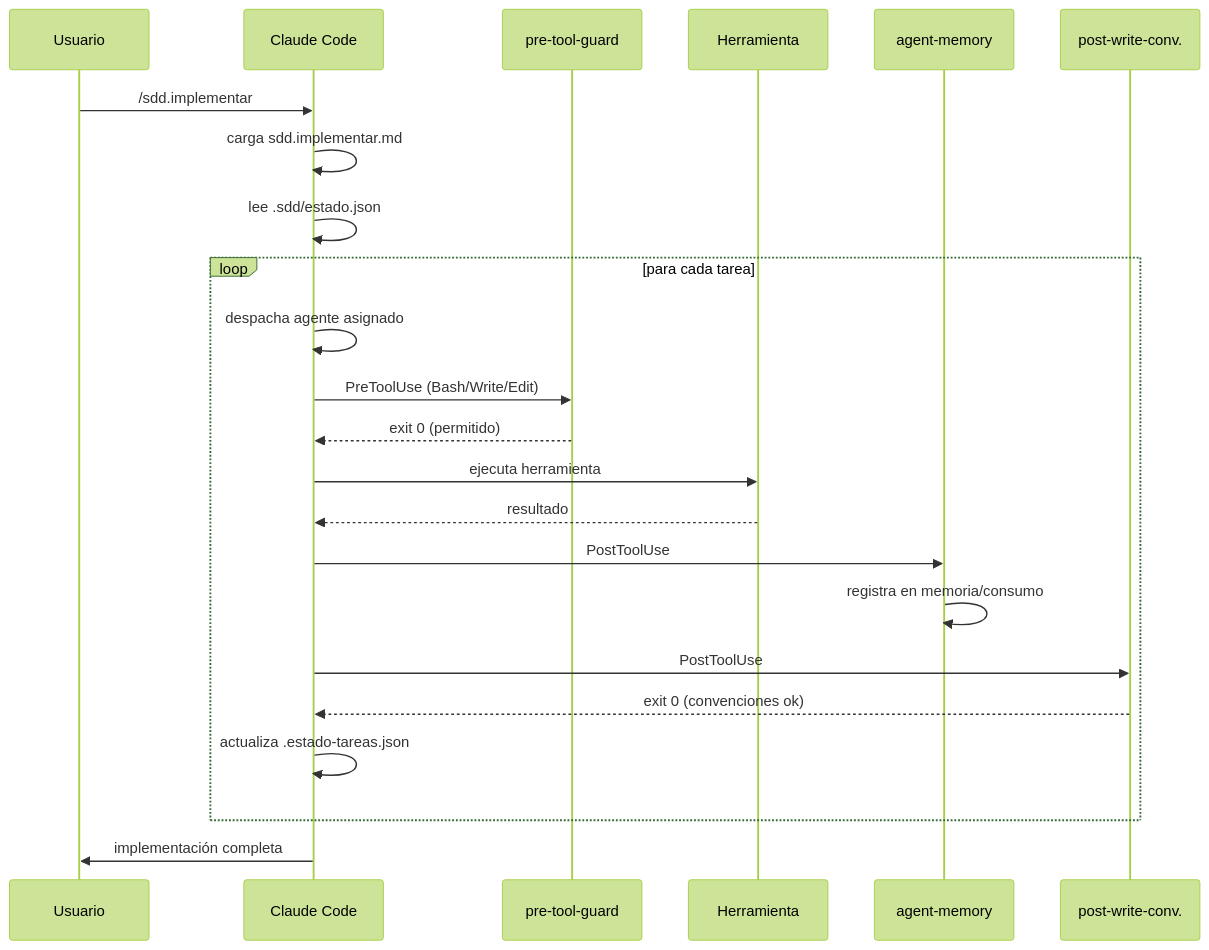
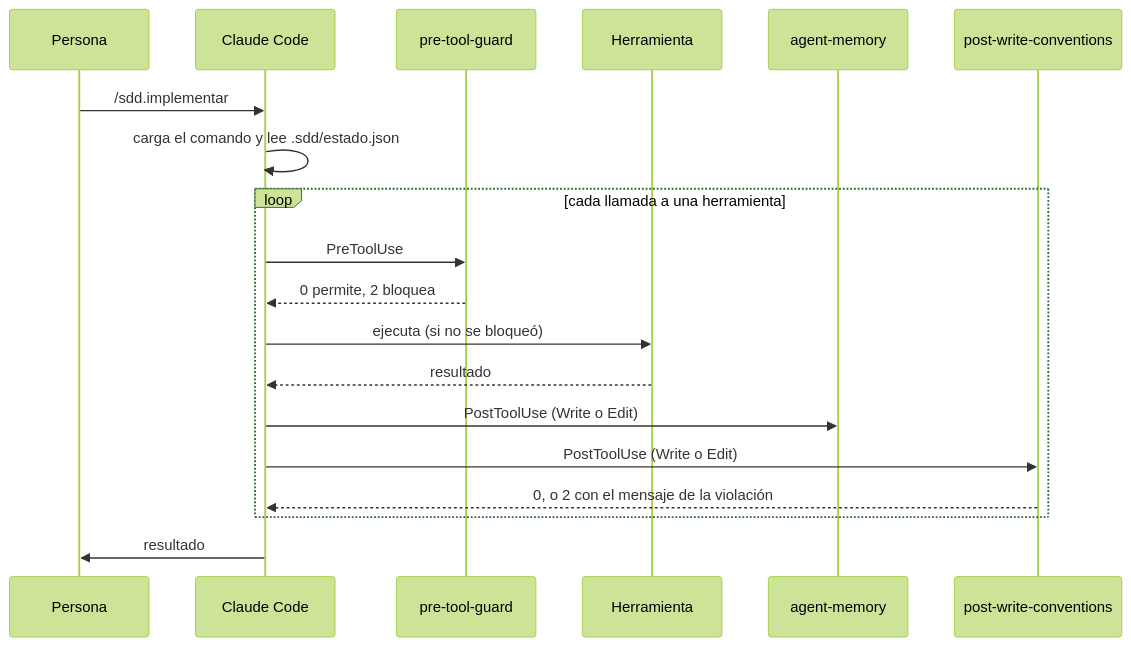
Before and after one commit to carlos060798/FORGE: the third of 3 diagrams in docs/runtime.md, drawn with Mermaid (forest theme). The commit also changed other lines of this file and 8 other files, not shown here.

````diff
--- a/docs/runtime.md
+++ b/docs/runtime.md
@@ -412,26 +260,22 @@
 ```mermaid
 sequenceDiagram
-    participant U as Usuario
+    participant U as Persona
     participant CC as Claude Code
     participant PTG as pre-tool-guard
-    participant TOOL as Herramienta
+    participant T as Herramienta
     participant AM as agent-memory
-    participant PWC as post-write-conv.
+    participant PWC as post-write-conventions
 
     U->>CC: /sdd.implementar
-    CC->>CC: carga sdd.implementar.md
-    CC->>CC: lee .sdd/estado.json
-    loop para cada tarea
-        CC->>CC: despacha agente asignado
-        CC->>PTG: PreToolUse (Bash/Write/Edit)
-        PTG-->>CC: exit 0 (permitido)
-        CC->>TOOL: ejecuta herramienta
-        TOOL-->>CC: resultado
-        CC->>AM: PostToolUse
-        AM->>AM: registra en memoria/consumo
-        CC->>PWC: PostToolUse
-        PWC-->>CC: exit 0 (convenciones ok)
-        CC->>CC: actualiza .estado-tareas.json
+    CC->>CC: carga el comando y lee .sdd/estado.json
+    loop cada llamada a una herramienta
+        CC->>PTG: PreToolUse
+        PTG-->>CC: 0 permite, 2 bloquea
+        CC->>T: ejecuta (si no se bloqueó)
+        T-->>CC: resultado
+        CC->>AM: PostToolUse (Write o Edit)
+        CC->>PWC: PostToolUse (Write o Edit)
+        PWC-->>CC: 0, o 2 con el mensaje de la violación
     end
-    CC->>U: implementación completa
+    CC->>U: resultado
 ```
````
